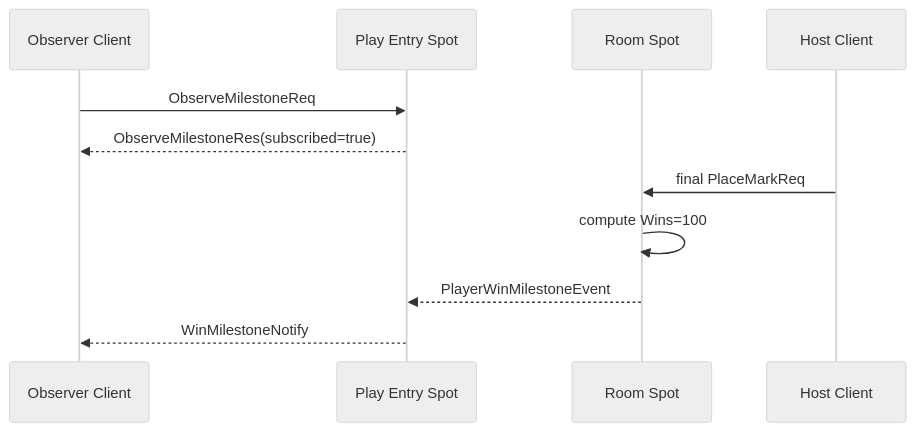
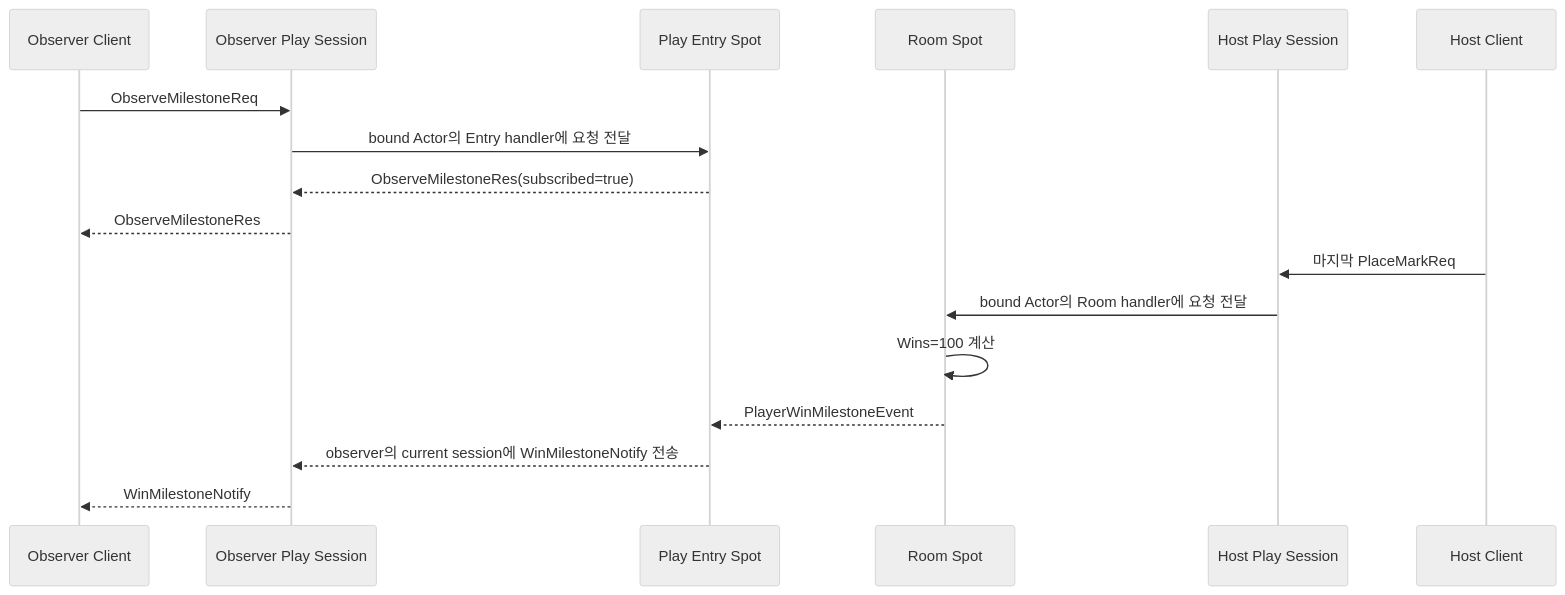
Before and after one commit to zlink-systems/zlink: the fourth of 5 diagrams in framework/doc/framework/common/sample/tictactoe/README.ko.md, drawn with Mermaid (neutral theme). The commit also changed other lines of this file and 1642 other files, not shown here.

````diff
--- a/framework/doc/framework/common/sample/tictactoe/README.ko.md
+++ b/framework/doc/framework/common/sample/tictactoe/README.ko.md
@@ -408,14 +458,20 @@
 ```mermaid
 sequenceDiagram
     participant O as Observer Client
+    participant OP as Observer Play Session
     participant E as Play Entry Spot
     participant R as Room Spot
+    participant HP as Host Play Session
     participant H as Host Client
 
-    O->>E: ObserveMilestoneReq
-    E-->>O: ObserveMilestoneRes(subscribed=true)
-    H->>R: final PlaceMarkReq
-    R->>R: compute Wins=100
+    O->>OP: ObserveMilestoneReq
+    OP->>E: bound Actor의 Entry handler에 요청 전달
+    E-->>OP: ObserveMilestoneRes(subscribed=true)
+    OP-->>O: ObserveMilestoneRes
+    H->>HP: 마지막 PlaceMarkReq
+    HP->>R: bound Actor의 Room handler에 요청 전달
+    R->>R: Wins=100 계산
     R-->>E: PlayerWinMilestoneEvent
-    E-->>O: WinMilestoneNotify
+    E-->>OP: observer의 current session에 WinMilestoneNotify 전송
+    OP-->>O: WinMilestoneNotify
 ```
````
